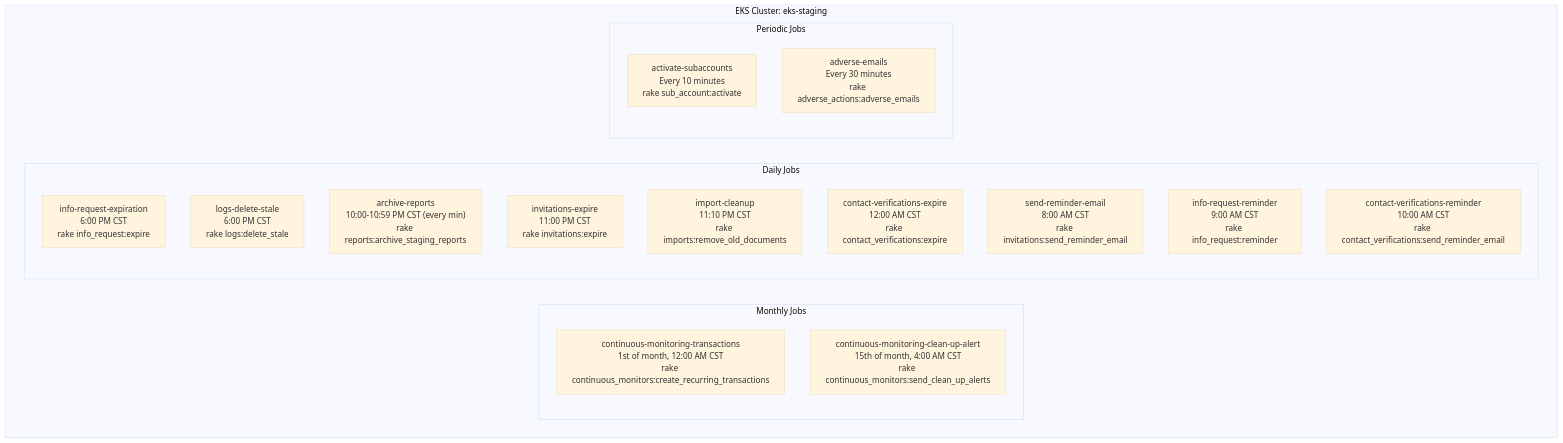
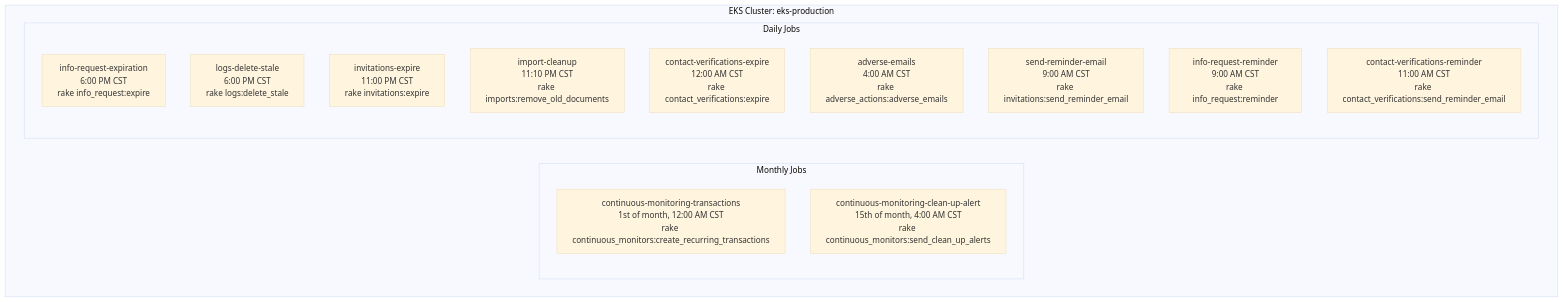
Before and after one commit to skylukas1/Diagrams: the third of 3 diagrams in core.backend.md, drawn with Mermaid (base theme). The commit also changed other lines of this file, not shown here.

````diff
--- a/core.backend.md
+++ b/core.backend.md
@@ -162,26 +160,21 @@
 ```mermaid
 graph TB
-    subgraph EKS["EKS Cluster: eks-staging"]
+    subgraph EKS["EKS Cluster: eks-production"]
         subgraph MONTHLY["Monthly Jobs"]
             M1["continuous-monitoring-transactions<br/>1st of month, 12:00 AM CST<br/>rake continuous_monitors:create_recurring_transactions"]
             M2["continuous-monitoring-clean-up-alert<br/>15th of month, 4:00 AM CST<br/>rake continuous_monitors:send_clean_up_alerts"]
         end
 
         subgraph DAILY["Daily Jobs"]
             D1["info-request-expiration<br/>6:00 PM CST<br/>rake info_request:expire"]
             D2["logs-delete-stale<br/>6:00 PM CST<br/>rake logs:delete_stale"]
-            D3["archive-reports<br/>10:00-10:59 PM CST (every min)<br/>rake reports:archive_staging_reports"]
-            D4["invitations-expire<br/>11:00 PM CST<br/>rake invitations:expire"]
-            D5["import-cleanup<br/>11:10 PM CST<br/>rake imports:remove_old_documents"]
-            D6["contact-verifications-expire<br/>12:00 AM CST<br/>rake contact_verifications:expire"]
-            D7["send-reminder-email<br/>8:00 AM CST<br/>rake invitations:send_reminder_email"]
+            D3["invitations-expire<br/>11:00 PM CST<br/>rake invitations:expire"]
+            D4["import-cleanup<br/>11:10 PM CST<br/>rake imports:remove_old_documents"]
+            D5["contact-verifications-expire<br/>12:00 AM CST<br/>rake contact_verifications:expire"]
+            D6["adverse-emails<br/>4:00 AM CST<br/>rake adverse_actions:adverse_emails"]
+            D7["send-reminder-email<br/>9:00 AM CST<br/>rake invitations:send_reminder_email"]
             D8["info-request-reminder<br/>9:00 AM CST<br/>rake info_request:reminder"]
-            D9["contact-verifications-reminder<br/>10:00 AM CST<br/>rake contact_verifications:send_reminder_email"]
-        end
-
-        subgraph PERIODIC["Periodic Jobs"]
-            P1["activate-subaccounts<br/>Every 10 minutes<br/>rake sub_account:activate"]
-            P2["adverse-emails<br/>Every 30 minutes<br/>rake adverse_actions:adverse_emails"]
+            D9["contact-verifications-reminder<br/>11:00 AM CST<br/>rake contact_verifications:send_reminder_email"]
         end
     end
 ```
````
